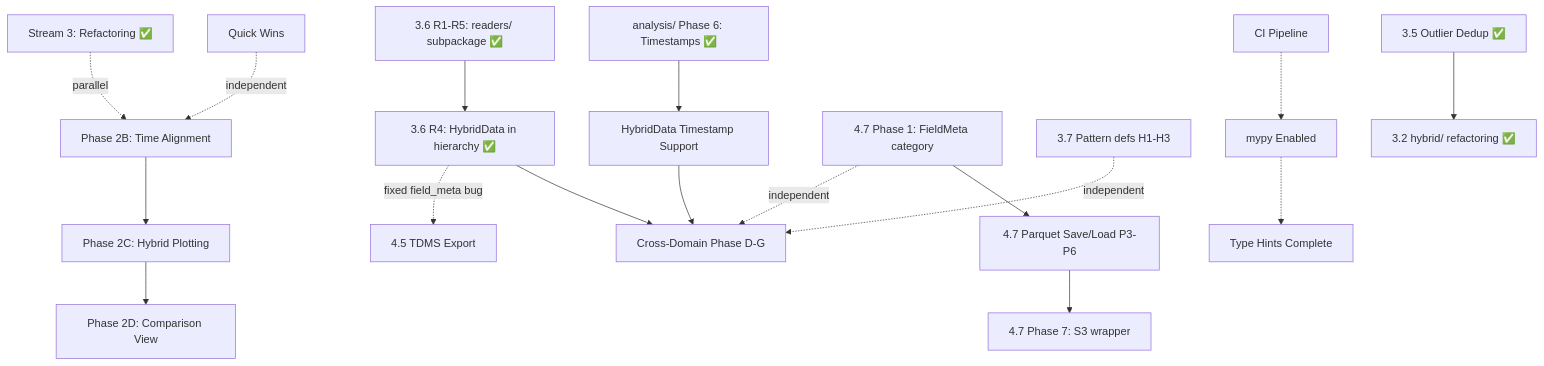
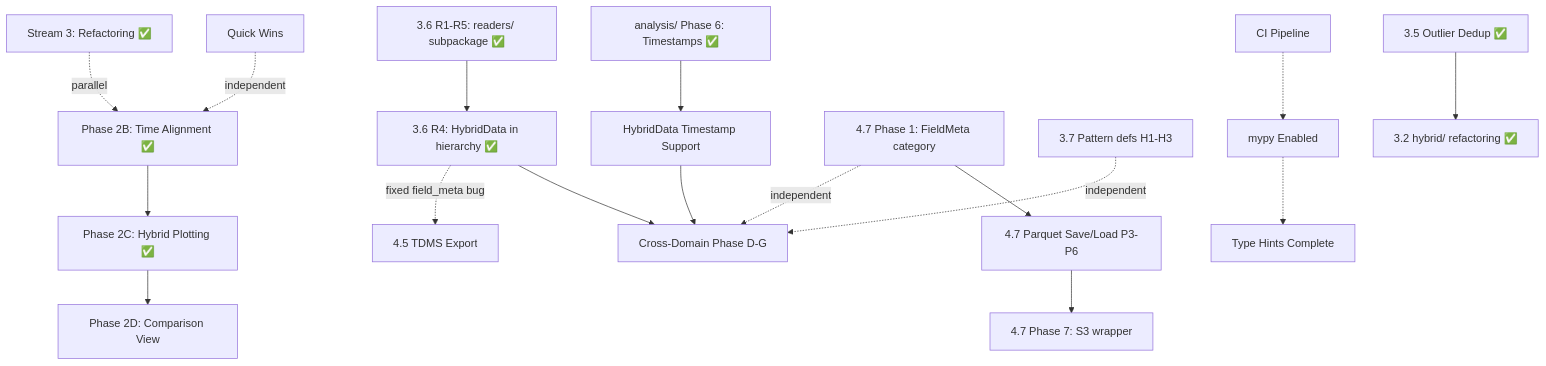
One commit to MagnetDB/python_magnetrun changed the diagram in prompts/ROADMAP.md. Above: the diagram before and after it, drawn with Mermaid. The commit also changed other lines of this file and 3 other files, not shown here.

````diff
--- a/prompts/ROADMAP.md
+++ b/prompts/ROADMAP.md
@@ -397,25 +404,25 @@
 ```mermaid
 graph TD
-    A[Phase 2B: Time Alignment] --> B[Phase 2C: Hybrid Plotting]
+    A[Phase 2B: Time Alignment ✅] --> B[Phase 2C: Hybrid Plotting ✅]
     B --> C[Phase 2D: Comparison View]
 
     D[analysis/ Phase 6: Timestamps ✅] --> E[HybridData Timestamp Support]
     E --> F[Cross-Domain Phase D-G]
 
     R1[3.6 R1-R5: readers/ subpackage ✅] --> R4[3.6 R4: HybridData in hierarchy ✅]
     R4 --> F
     R4 -.fixed field_meta bug.-> T[4.5 TDMS Export]
 
     PQ1[4.7 Phase 1: FieldMeta category] --> PQ3[4.7 Parquet Save/Load P3-P6]
     PQ3 --> PQ7[4.7 Phase 7: S3 wrapper]
     PQ1 -.independent.-> F
 
     H1[3.7 Pattern defs H1-H3] -.independent.-> F
 
     G[CI Pipeline] -.-> HH[mypy Enabled]
     HH -.-> I[Type Hints Complete]
 
     J[Quick Wins] -.independent.-> A
     K[Stream 3: Refactoring ✅] -.parallel.-> A
     L[3.5 Outlier Dedup ✅] --> M[3.2 hybrid/ refactoring ✅]
 ```
````
